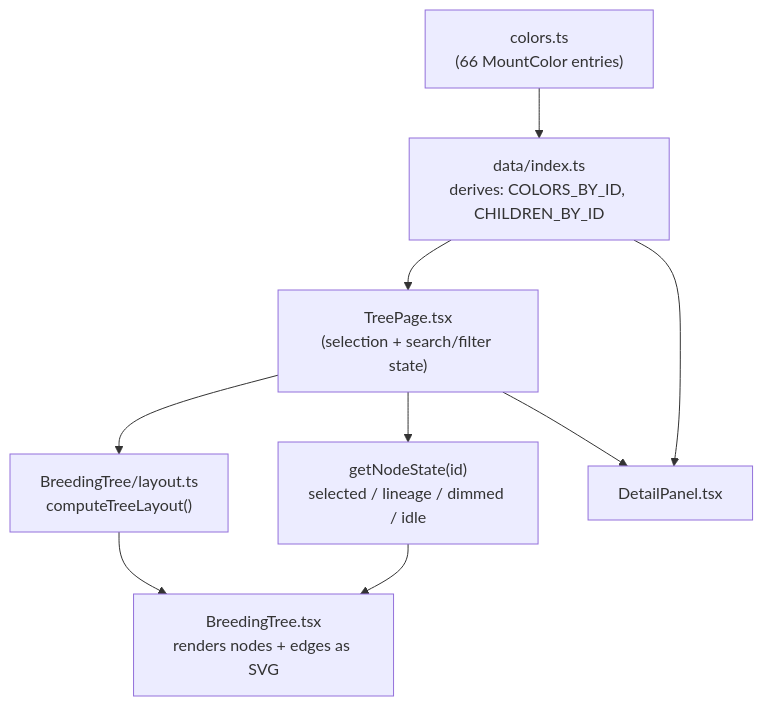
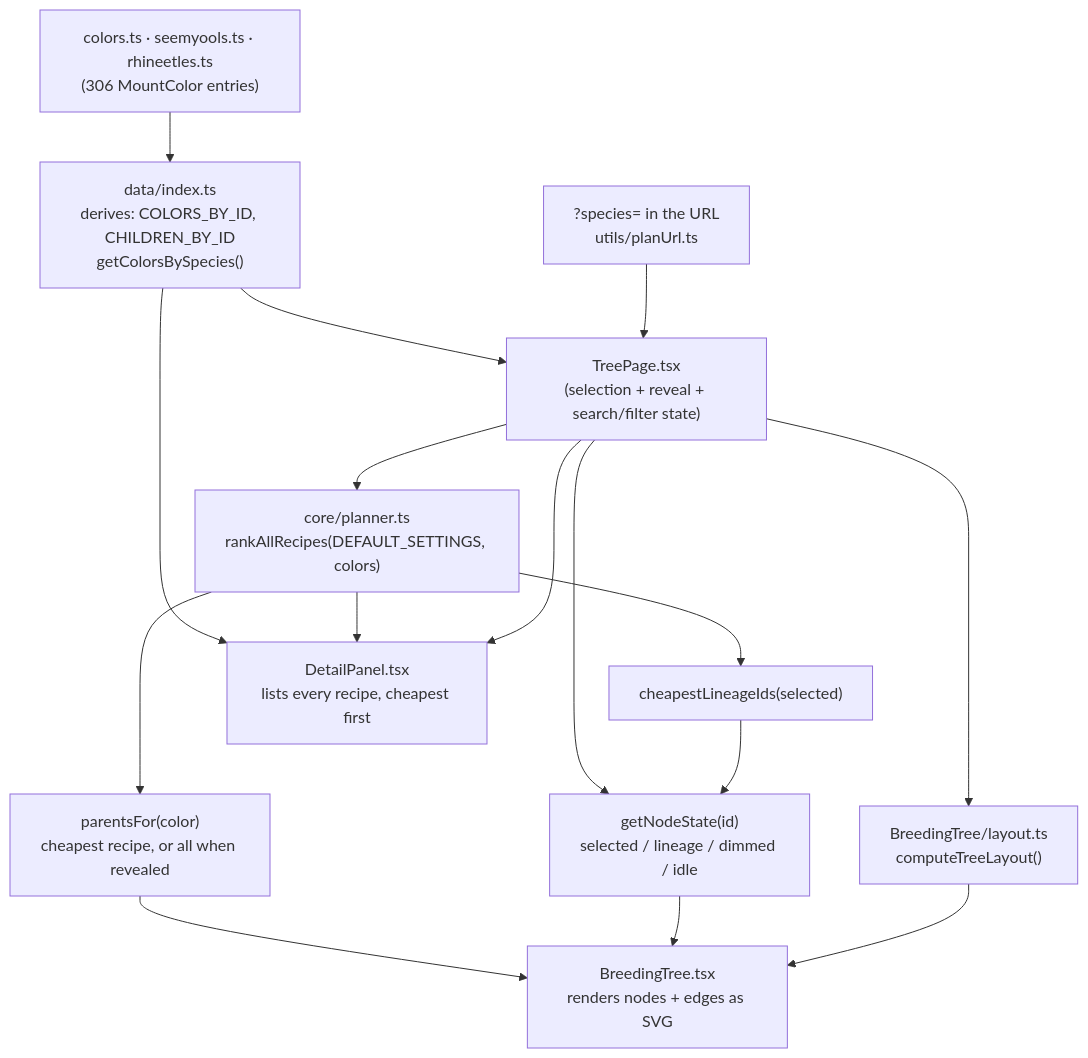
One commit to Radishoux/dragoarbre changed the second of 3 diagrams in docs/ARCHITECTURE.md. Above: the diagram before and after it, drawn with Mermaid. The commit also changed other lines of this file and 23 other files, not shown here.

First line of the commit message:
feat(phase-3): multi-recipe planner, species-aware UI, and the docs pass

````diff
--- a/docs/ARCHITECTURE.md
+++ b/docs/ARCHITECTURE.md
@@ -115,11 +135,18 @@
 ```mermaid
 graph TD
-  colorsTs["colors.ts<br/>(66 MountColor entries)"] --> dataIndex["data/index.ts<br/>derives: COLORS_BY_ID, CHILDREN_BY_ID"]
-  dataIndex --> treePage["TreePage.tsx<br/>(selection + search/filter state)"]
+  colorsTs["colors.ts · seemyools.ts · rhineetles.ts<br/>(306 MountColor entries)"] --> dataIndex["data/index.ts<br/>derives: COLORS_BY_ID, CHILDREN_BY_ID<br/>getColorsBySpecies()"]
+  url["?species= in the URL<br/>utils/planUrl.ts"] --> treePage
+  dataIndex --> treePage["TreePage.tsx<br/>(selection + reveal + search/filter state)"]
+  treePage --> rank["core/planner.ts<br/>rankAllRecipes(DEFAULT_SETTINGS, colors)"]
+  rank --> parentsFor["parentsFor(color)<br/>cheapest recipe, or all when revealed"]
+  rank --> lineage["cheapestLineageIds(selected)"]
   treePage --> layout["BreedingTree/layout.ts<br/>computeTreeLayout()"]
-  treePage --> nodeState["getNodeState(id)<br/>selected / lineage / dimmed / idle"]
+  lineage --> nodeState["getNodeState(id)<br/>selected / lineage / dimmed / idle"]
+  treePage --> nodeState
   layout --> svg["BreedingTree.tsx<br/>renders nodes + edges as SVG"]
   nodeState --> svg
-  treePage --> detailPanel["DetailPanel.tsx"]
+  parentsFor --> svg
+  treePage --> detailPanel["DetailPanel.tsx<br/>lists every recipe, cheapest first"]
+  rank --> detailPanel
   dataIndex --> detailPanel
 ```
````
